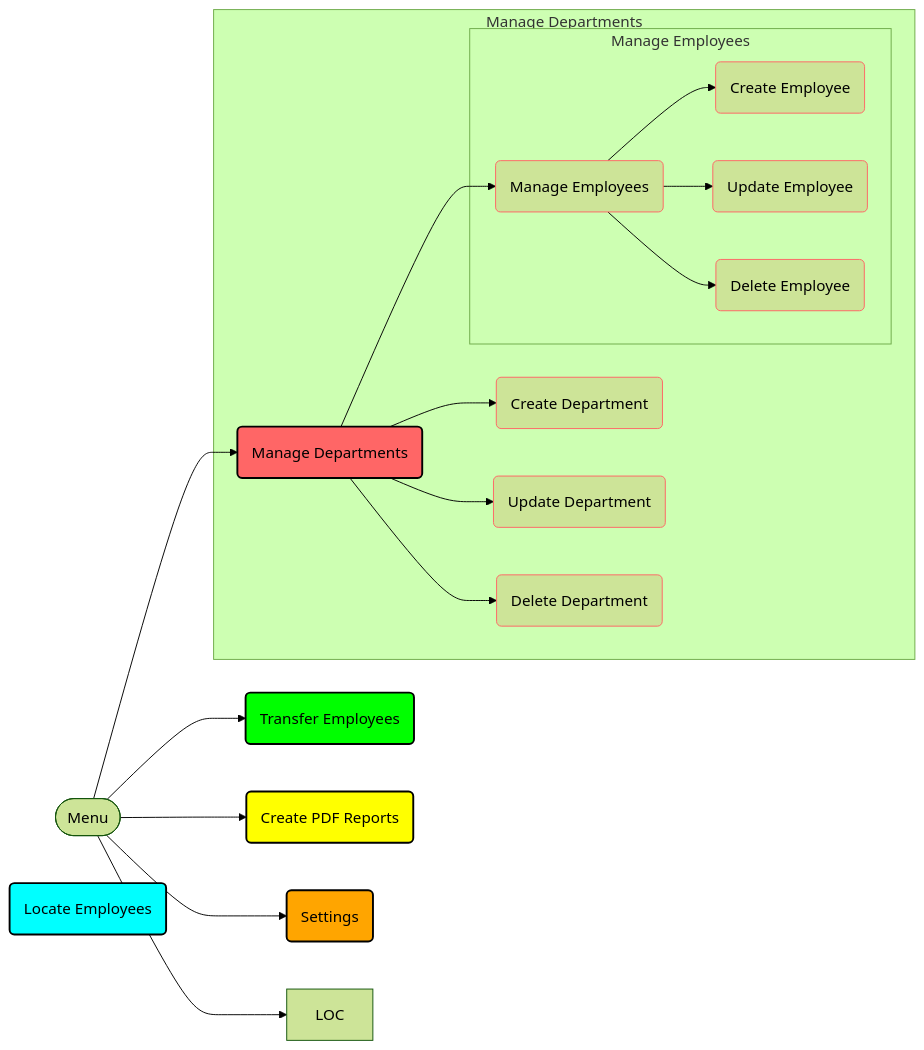
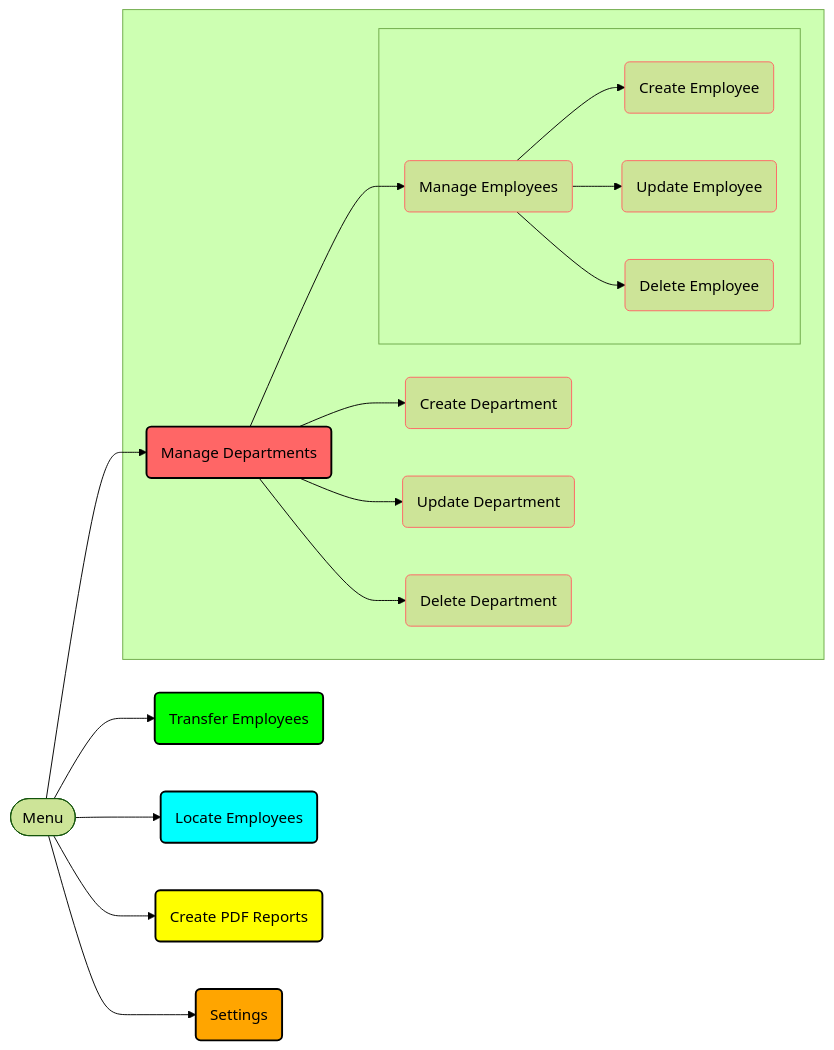
One commit to k1729p/Study27 changed the diagram in docs/mermaid/flowchart.md. Above: the diagram before and after it, drawn with Mermaid (forest theme).

````diff
--- a/docs/mermaid/flowchart.md
+++ b/docs/mermaid/flowchart.md
@@ -1,52 +1,52 @@
 ```mermaid
 flowchart LR
   MENU([Menu])
   M_DEP(Manage Departments):::redBox
   M_DEP_CR(Create Department):::redStroke
   M_DEP_UP(Update Department):::redStroke
   M_DEP_DL(Delete Department):::redStroke
   M_EMP(Manage Employees):::redStroke
   M_EMP_CR(Create Employee):::redStroke
   M_EMP_UP(Update Employee):::redStroke
   M_EMP_DL(Delete Employee):::redStroke
   TRA_EMP(Transfer Employees):::greenBox
   LOC_EMP(Locate Employees):::cyanBox
   PDF(Create PDF Reports):::yellowBox
   SET(Settings):::orangeBox
 %% Flows
   MENU --> M_DEP
-  subgraph Manage Departments
+  subgraph " "
     M_DEP --> M_DEP_CR
     M_DEP --> M_DEP_UP
     M_DEP --> M_DEP_DL
     M_DEP --> M_EMP
-    subgraph Manage Employees
+    subgraph " "
       M_EMP --> M_EMP_CR
       M_EMP --> M_EMP_UP
       M_EMP --> M_EMP_DL
     end
   end
   MENU --> TRA_EMP
-  MENU --> LOC
+  MENU --> LOC_EMP
   MENU --> PDF
   MENU --> SET
 %% Links
-  click M_DEP "https://github.com/k1729p/Study27/blob/main/docs/images/ScreenshotManageDepartments.jpg" _self
-  click M_DEP_CR "https://github.com/k1729p/Study27/blob/main/docs/images/ScreenshotCreateDepartment.jpg" _parent
-  click M_DEP_UP "https://github.com/k1729p/Study27/blob/main/docs/images/ScreenshotUpdateDepartment.jpg" _top
-  click M_DEP_DL "https://github.com/k1729p/Study27/blob/main/docs/images/ScreenshotDeleteDepartment.jpg" _blank
+  click M_DEP href "https://github.com/k1729p/Study27/blob/main/docs/images/ScreenshotManageDepartments.jpg" _self
+  click M_DEP_CR href "https://github.com/k1729p/Study27/blob/main/docs/images/ScreenshotCreateDepartment.jpg" _parent
+  click M_DEP_UP href "https://github.com/k1729p/Study27/blob/main/docs/images/ScreenshotUpdateDepartment.jpg" _top
+  click M_DEP_DL href "https://github.com/k1729p/Study27/blob/main/docs/images/ScreenshotDeleteDepartment.jpg" _blank
   click M_EMP "https://github.com/k1729p/Study27/blob/main/docs/images/ScreenshotManageEmployees.jpg" _blank
   click M_EMP_CR "https://github.com/k1729p/Study27/blob/main/docs/images/ScreenshotCreateEmployee.jpg" _blank
   click M_EMP_UP "https://github.com/k1729p/Study27/blob/main/docs/images/ScreenshotUpdateEmployee.jpg" _blank
   click M_EMP_DL "https://github.com/k1729p/Study27/blob/main/docs/images/ScreenshotDeleteEmployee.jpg" _blank
   click TRA_EMP "https://github.com/k1729p/Study27/blob/main/docs/images/ScreenshotTransferEmployees.jpg" _blank
   click LOC_EMP "https://github.com/k1729p/Study27/blob/main/docs/images/ScreenshotLocateEmployees.jpg" _blank
   click PDF "https://github.com/k1729p/Study27/blob/main/docs/images/ScreenshotCreatePDFReports.jpg" _blank
 %% Style Definitions
   classDef redBox fill: #ff6666, stroke: #000, stroke-width: 2px
   classDef redStroke stroke: #ff6666
   classDef greenBox fill: #00ff00, stroke: #000, stroke-width: 2px
   classDef cyanBox fill: #00ffff, stroke: #000, stroke-width: 2px
   classDef yellowBox fill: #ffff00, stroke: #000, stroke-width: 2px
   classDef orangeBox  fill: #ffa500,stroke:#000,stroke-width:2px
 ```
````
